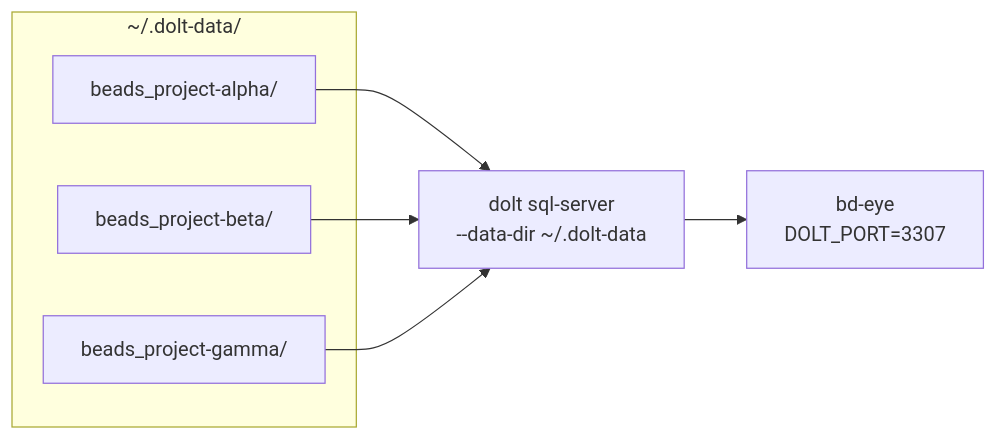
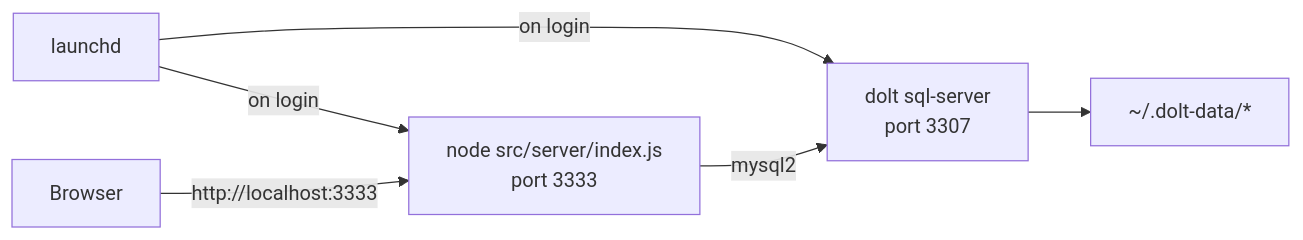
One commit to Applicative-Works/bd-eye changed the second of 3 diagrams in README.md. Above: the diagram before and after it, drawn with Mermaid. The commit also changed other lines of this file and 12 other files, not shown here.

````diff
--- a/README.md
+++ b/README.md
@@ -72,13 +162,8 @@
 ```mermaid
-graph LR
-    subgraph "~/.dolt-data/"
-        A["beads_project-alpha/"]
-        B["beads_project-beta/"]
-        C["beads_project-gamma/"]
-    end
-    Dolt["dolt sql-server<br/>--data-dir ~/.dolt-data"]
-    A --> Dolt
-    B --> Dolt
-    C --> Dolt
-    Dolt --> BdEye["bd-eye<br/>DOLT_PORT=3307"]
+flowchart LR
+    launchd -->|"on login"| Dolt["dolt sql-server<br/>port 3307"]
+    launchd -->|"on login"| BdEye["node src/server/index.js<br/>port 3333"]
+    BdEye -->|"mysql2"| Dolt
+    Dolt --> Data["~/.dolt-data/*"]
+    Browser -->|"http://localhost:3333"| BdEye
 ```
````
